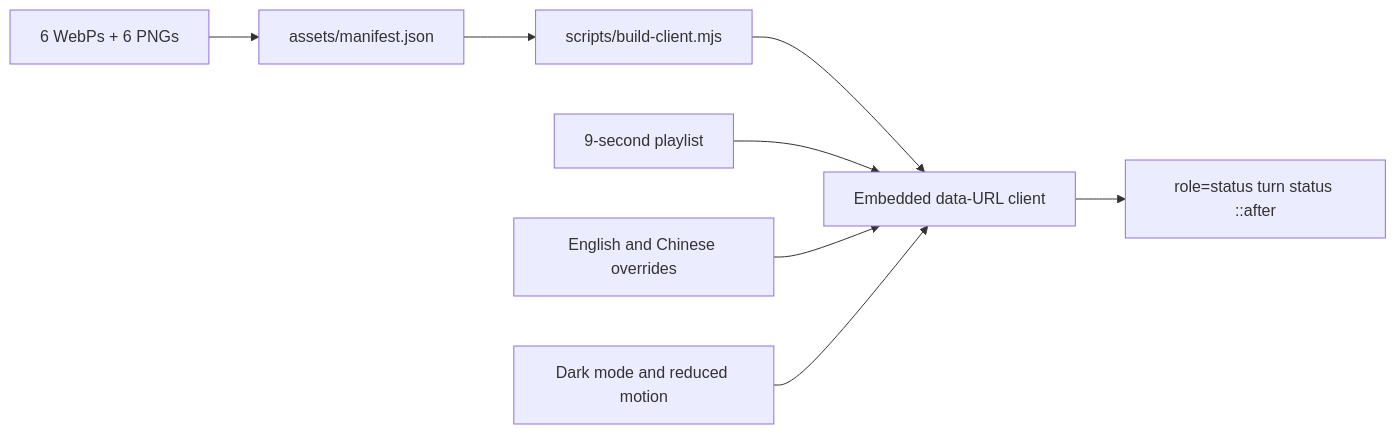
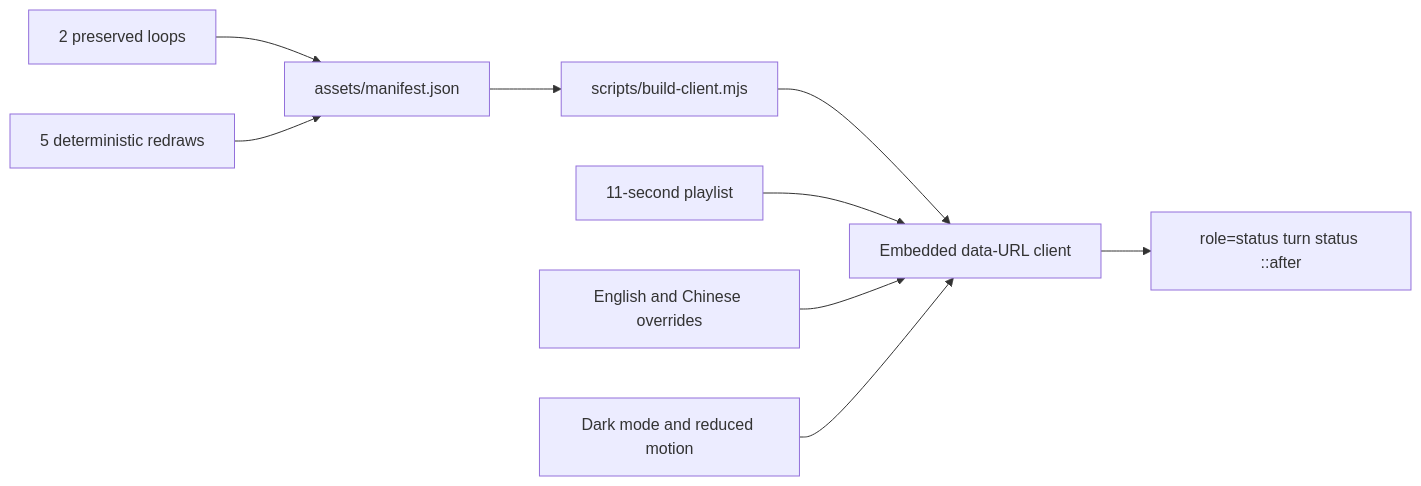
Before and after one commit to LeemanCheung/dsh-whale-animation: the diagram in README.md, drawn with Mermaid. The commit also changed other lines of this file and 63 other files, not shown here.

````diff
--- a/README.md
+++ b/README.md
@@ -110,10 +133,11 @@
 ```mermaid
 flowchart LR
-  A[6 WebPs + 6 PNGs] --> B[assets/manifest.json]
-  B --> C[scripts/build-client.mjs]
-  C --> D[Embedded data-URL client]
-  D --> E[role=status turn status ::after]
-  F[9-second playlist] --> D
-  G[English and Chinese overrides] --> D
-  H[Dark mode and reduced motion] --> D
+  A[2 preserved loops] --> C[assets/manifest.json]
+  B[5 deterministic redraws] --> C
+  C --> D[scripts/build-client.mjs]
+  D --> E[Embedded data-URL client]
+  E --> F[role=status turn status ::after]
+  G[11-second playlist] --> E
+  H[English and Chinese overrides] --> E
+  I[Dark mode and reduced motion] --> E
 ```
````
